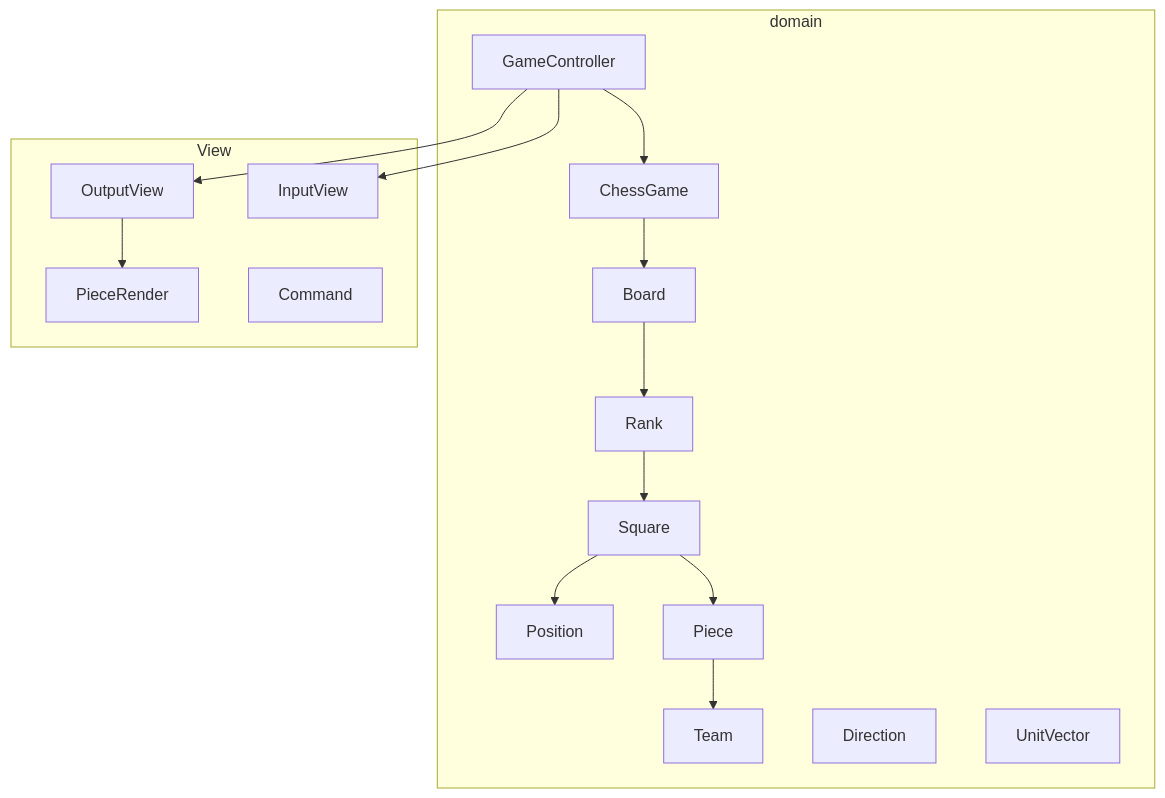
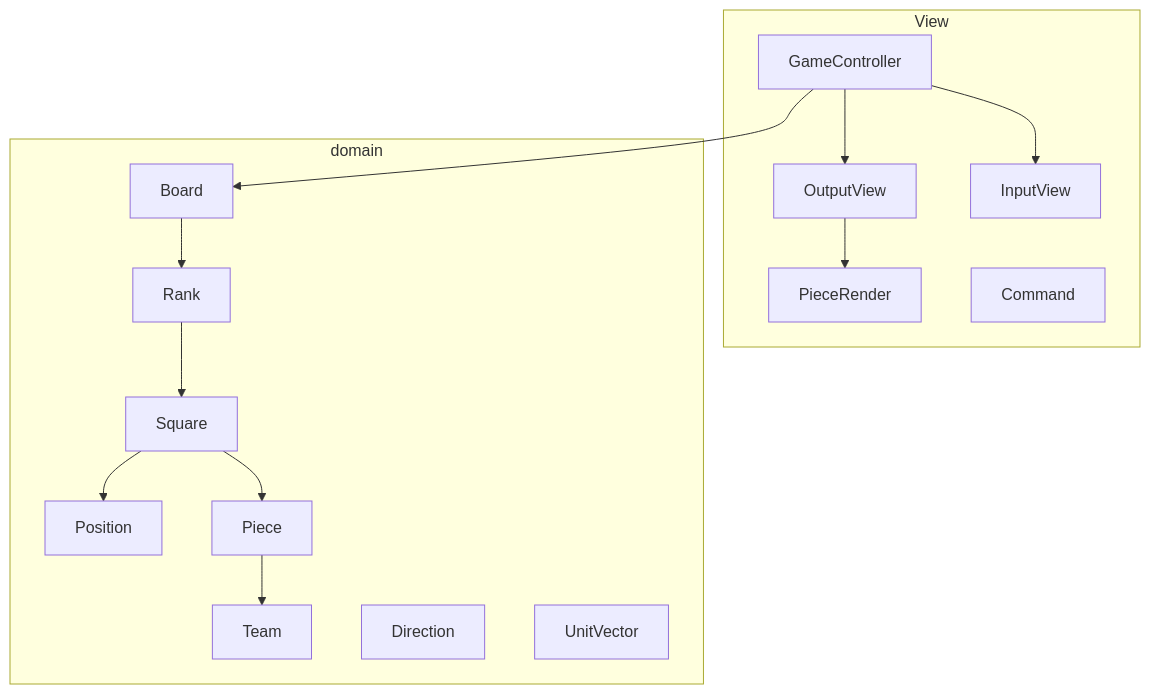
The diagram in README.md (woowacourse/java-chess), drawn with Mermaid before and after one commit. The commit also changed 5 other files, not shown here.

````diff
--- a/README.md
+++ b/README.md
@@ -11,21 +11,20 @@
 ```mermaid
 graph TD
+    subgraph View
+        GameController --> OutputView
+        GameController --> InputView
+        OutputView --> PieceRender
+        Command
+    end
+
     subgraph domain
-        GameController --> ChessGame
-        ChessGame --> Board
+        GameController --> Board
         Board --> Rank
         Rank --> Square
         Square --> Position
         Square --> Piece
         Piece --> Team
         Direction
         UnitVector
     end
-
-    subgraph View
-        GameController --> OutputView
-        GameController --> InputView
-        OutputView --> PieceRender
-        Command
-    end
 ```
````
